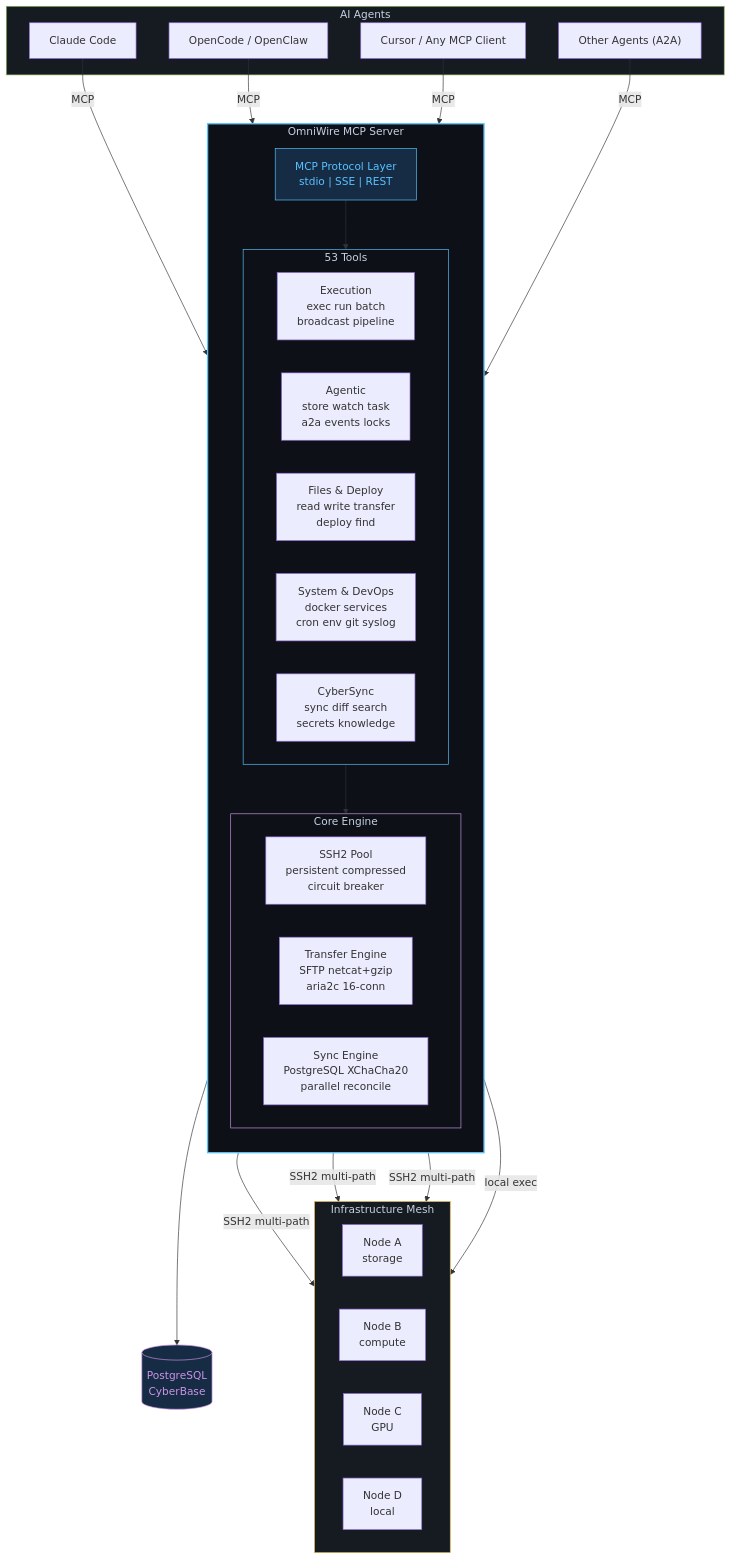
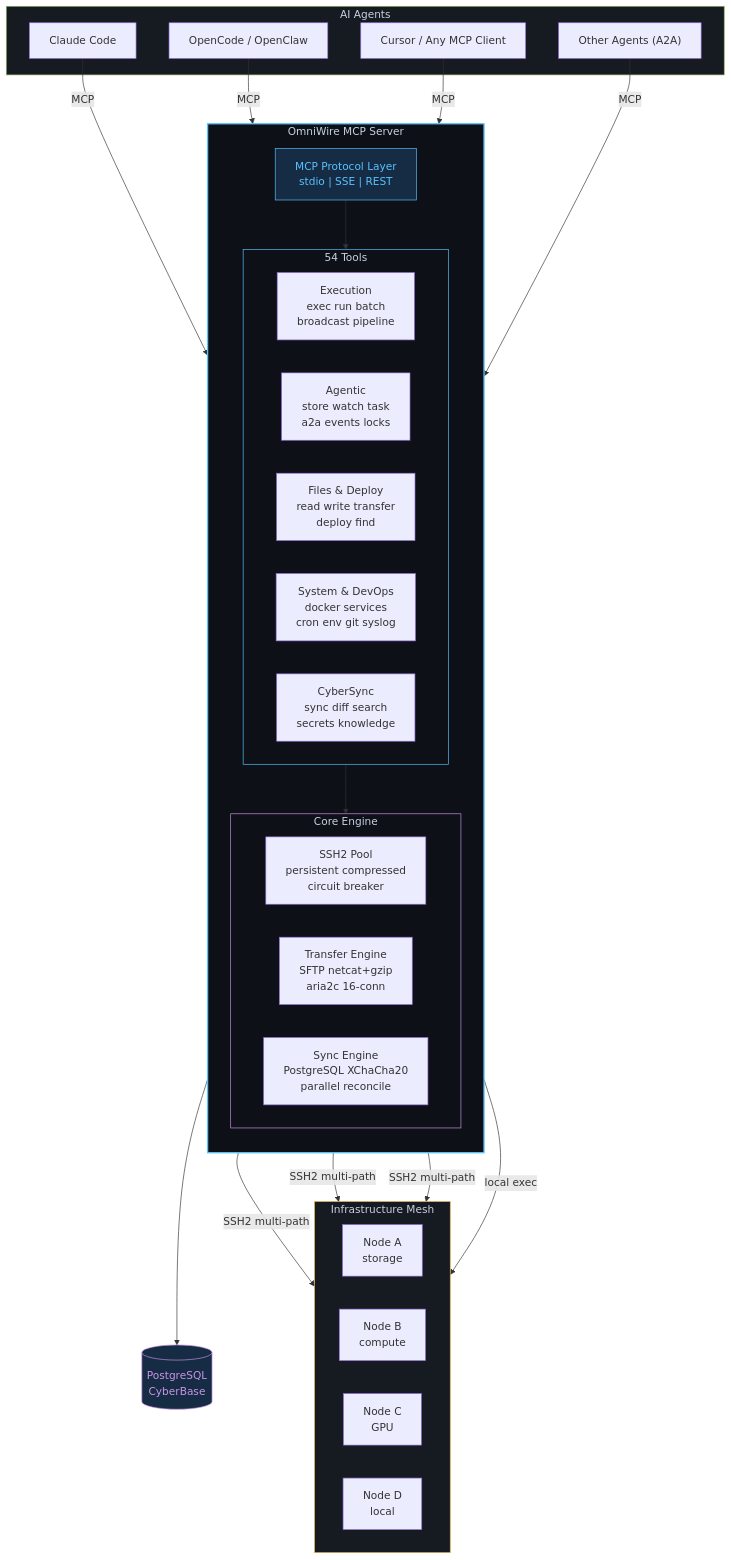
Before and after one commit to VoidChecksum/omniwire: the diagram in README.md, drawn with Mermaid. The commit also changed other lines of this file and 2 other files, not shown here.

Commit message:
feat: universal background dispatch for all 54 tools + omniwire_bg poll tool

````diff
--- a/README.md
+++ b/README.md
@@ -84,55 +84,55 @@
 ```mermaid
 graph TB
     subgraph clients["AI Agents"]
         CC["Claude Code"]
         OC["OpenCode / OpenClaw"]
         CU["Cursor / Any MCP Client"]
         A2["Other Agents (A2A)"]
     end
 
     subgraph omniwire["OmniWire MCP Server"]
         direction TB
         MCP["MCP Protocol Layer<br/>stdio | SSE | REST"]
 
-        subgraph tools["53 Tools"]
+        subgraph tools["54 Tools"]
             direction LR
             EXEC["Execution<br/>exec  run  batch<br/>broadcast  pipeline"]
             AGENT["Agentic<br/>store  watch  task<br/>a2a  events  locks"]
             FILES["Files & Deploy<br/>read  write  transfer<br/>deploy  find"]
             SYS["System & DevOps<br/>docker  services<br/>cron  env  git  syslog"]
             SYNC["CyberSync<br/>sync  diff  search<br/>secrets  knowledge"]
         end
 
         subgraph engine["Core Engine"]
             direction LR
             POOL["SSH2 Pool<br/>persistent  compressed<br/>circuit breaker"]
             XFER["Transfer Engine<br/>SFTP  netcat+gzip<br/>aria2c 16-conn"]
             CSYNC["Sync Engine<br/>PostgreSQL  XChaCha20<br/>parallel reconcile"]
         end
     end
 
     subgraph mesh["Infrastructure Mesh"]
         direction LR
         N1["Node A<br/>storage"]
         N2["Node B<br/>compute"]
         N3["Node C<br/>GPU"]
         N4["Node D<br/>local"]
     end
 
     DB[("PostgreSQL<br/>CyberBase")]
 
     CC & OC & CU & A2 -->|MCP| MCP
     MCP --> tools
     tools --> engine
     POOL -->|"SSH2 multi-path"| N1 & N2 & N3
     POOL -->|"local exec"| N4
     CSYNC --> DB
 
     style omniwire fill:#0D1117,stroke:#59C2FF,stroke-width:2px,color:#C6D0E1
     style clients fill:#161B22,stroke:#91B362,stroke-width:1px,color:#C6D0E1
     style mesh fill:#161B22,stroke:#E6B450,stroke-width:1px,color:#C6D0E1
     style tools fill:#0D1117,stroke:#59C2FF,stroke-width:1px,color:#C6D0E1
     style engine fill:#0D1117,stroke:#CC93E6,stroke-width:1px,color:#C6D0E1
     style MCP fill:#162B44,stroke:#59C2FF,color:#59C2FF
     style DB fill:#162B44,stroke:#CC93E6,color:#CC93E6
 ```
````
